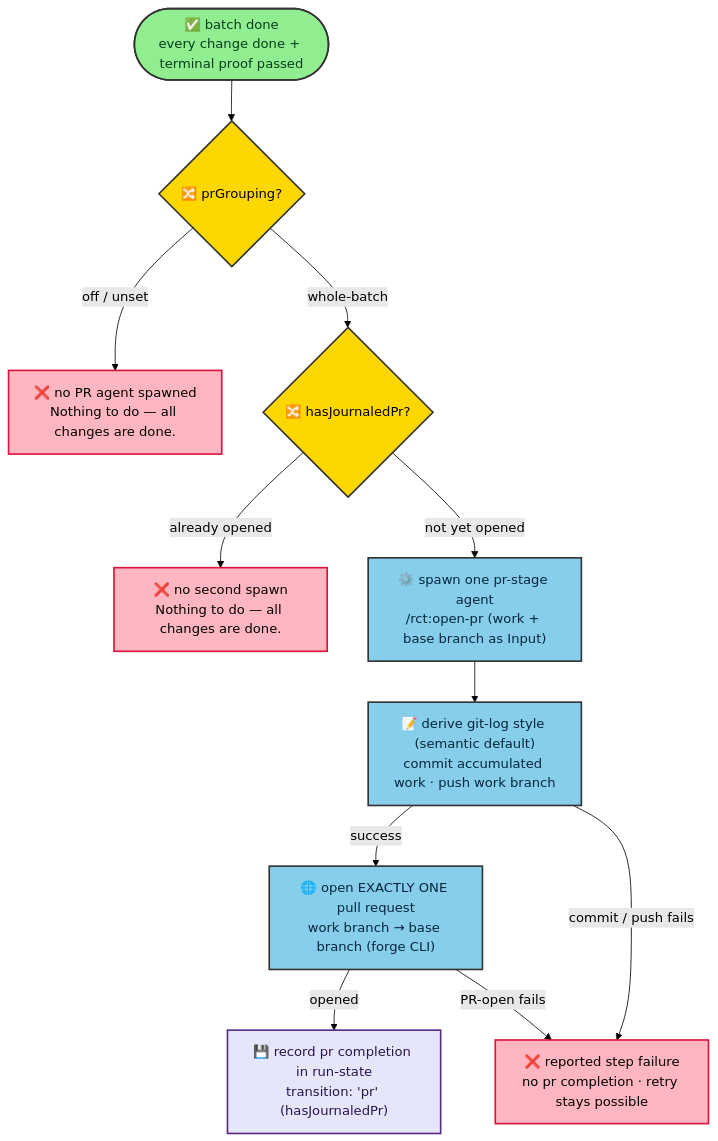
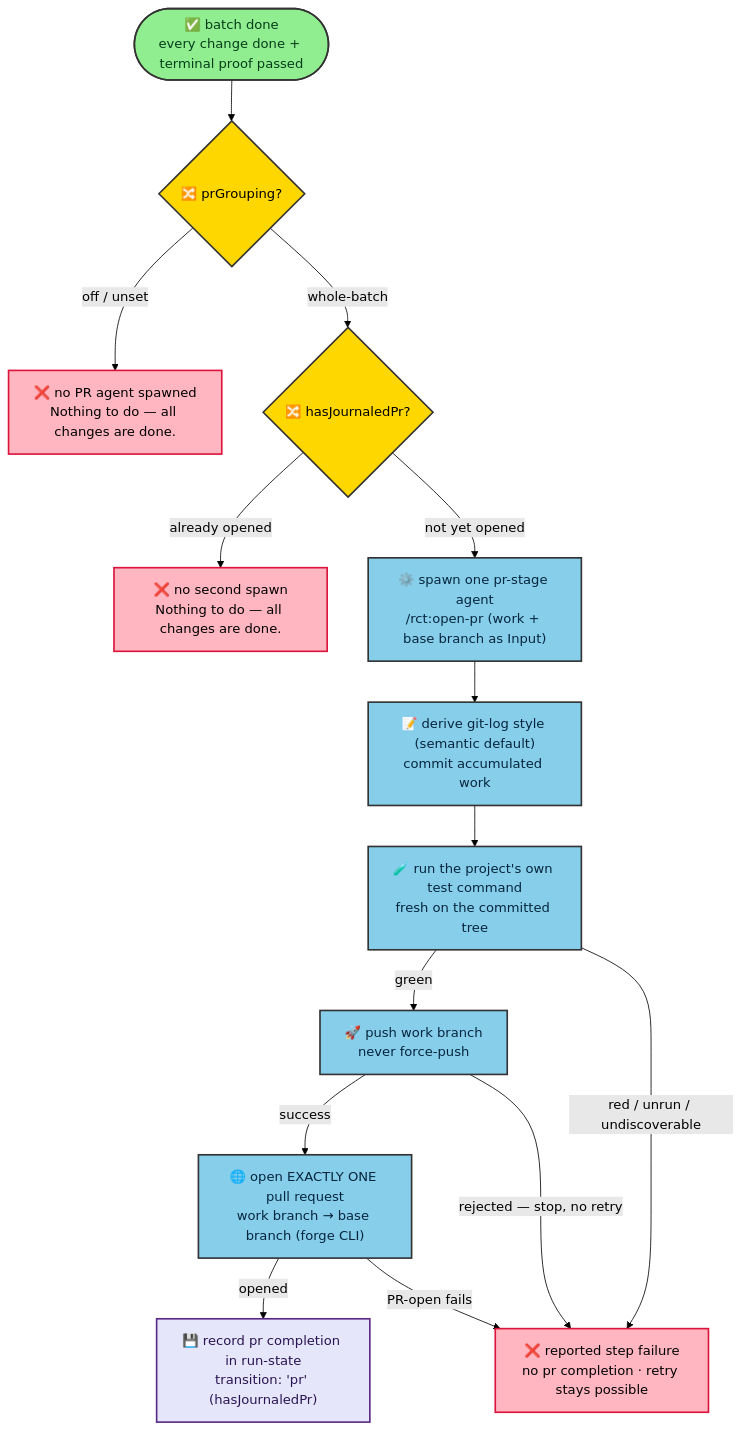
One commit to joctaTorres/ratchet changed the third of 3 diagrams in README.md. Above: the diagram before and after it, drawn with Mermaid (forest theme). The commit also changed other lines of this file and 126 other files, not shown here.

````diff
--- a/README.md
+++ b/README.md
@@ -487,35 +493,40 @@
 ```mermaid
 flowchart TD
   done(["✅ batch done<br/>every change done + terminal proof passed"])
   grouping{"🔀 prGrouping?"}
   opened{"🔀 hasJournaledPr?"}
   nogrouping["❌ no PR agent spawned<br/>Nothing to do — all changes are done."]
   already["❌ no second spawn<br/>Nothing to do — all changes are done."]
   spawn["⚙️ spawn one pr-stage agent<br/>/rct:open-pr (work + base branch as Input)"]
-  commit["📝 derive git-log style (semantic default)<br/>commit accumulated work · push work branch"]
+  commit["📝 derive git-log style (semantic default)<br/>commit accumulated work"]
+  test["🧪 run the project's own test command<br/>fresh on the committed tree"]
+  push["🚀 push work branch<br/>never force-push"]
   pr["🌐 open EXACTLY ONE pull request<br/>work branch → base branch (forge CLI)"]
   record["💾 record pr completion in run-state<br/>transition: 'pr' (hasJournaledPr)"]
   fail["❌ reported step failure<br/>no pr completion · retry stays possible"]
 
   done --> grouping
   grouping -- "off / unset" --> nogrouping
   grouping -- "whole-batch" --> opened
   opened -- "already opened" --> already
   opened -- "not yet opened" --> spawn
   spawn --> commit
-  commit -- "success" --> pr
-  commit -- "commit / push fails" --> fail
+  commit --> test
+  test -- "green" --> push
+  test -- "red / unrun / undiscoverable" --> fail
+  push -- "success" --> pr
+  push -- "rejected — stop, no retry" --> fail
   pr -- "opened" --> record
   pr -- "PR-open fails" --> fail
 
   classDef start fill:#90EE90,stroke:#333,stroke-width:2px,color:#063d1a
   classDef gate fill:#FFD700,stroke:#333,stroke-width:2px,color:#000000
   classDef work fill:#87CEEB,stroke:#333,stroke-width:2px,color:#06263d
   classDef store fill:#E6E6FA,stroke:#5b2a86,stroke-width:2px,color:#2a1452
   classDef stop fill:#FFB6C1,stroke:#DC143C,stroke-width:2px,color:#000000
   class done start
   class grouping,opened gate
-  class spawn,commit,pr work
+  class spawn,commit,test,push,pr work
   class record store
   class nogrouping,already,fail stop
 ```
````
